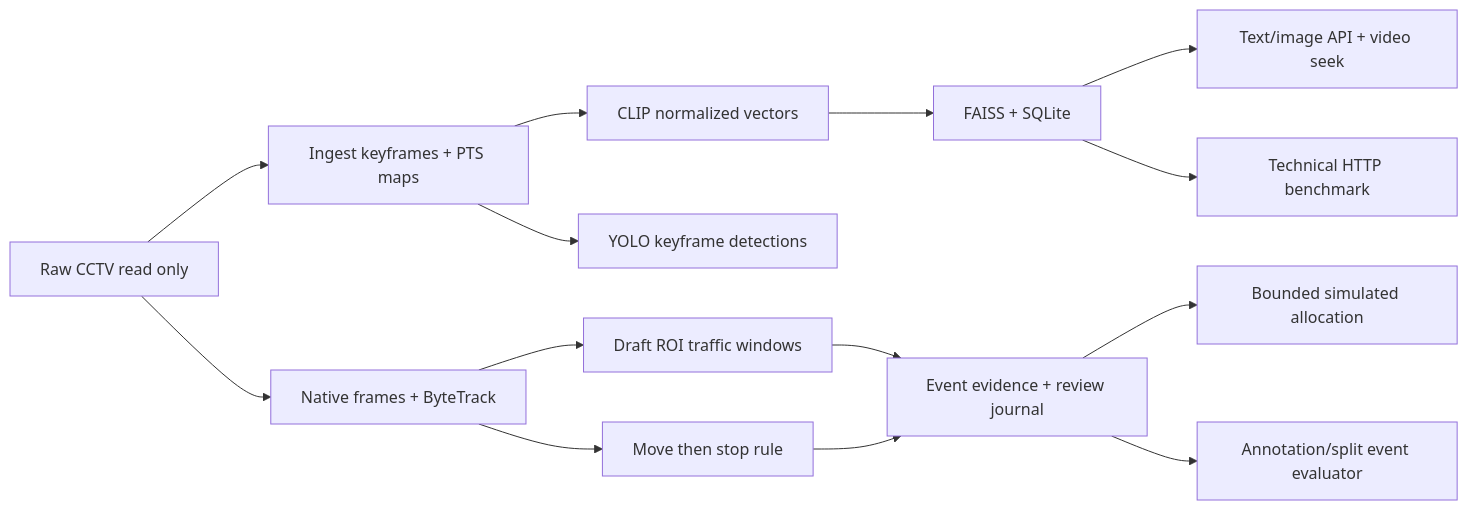
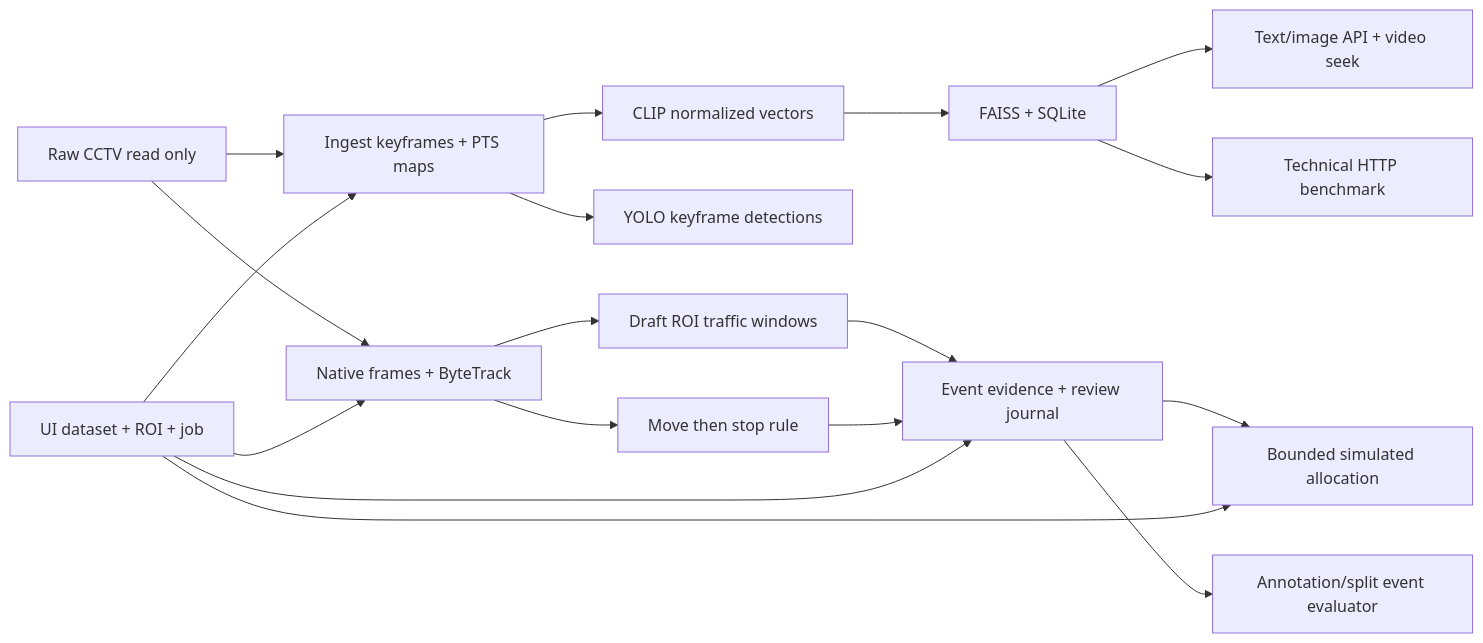
The diagram in docs/CCTV_PROJECT_REPORT.md (DFuc1302/CCTV_keyframes_retrieving), drawn with Mermaid before and after one commit. The commit also changed other lines of this file and 3 other files, not shown here.

````diff
--- a/docs/CCTV_PROJECT_REPORT.md
+++ b/docs/CCTV_PROJECT_REPORT.md
@@ -41,16 +51,20 @@
 ```mermaid
 flowchart LR
     A[Raw CCTV read only] --> B[Ingest keyframes + PTS maps]
     B --> C[CLIP normalized vectors]
     C --> D[FAISS + SQLite]
     D --> E[Text/image API + video seek]
     B --> F[YOLO keyframe detections]
     A --> G[Native frames + ByteTrack]
     G --> H[Draft ROI traffic windows]
     G --> I[Move then stop rule]
     H --> J[Event evidence + review journal]
     I --> J
     J --> K[Bounded simulated allocation]
     D --> L[Technical HTTP benchmark]
     J --> M[Annotation/split event evaluator]
+    U[UI dataset + ROI + job] --> B
+    U --> G
+    U --> J
+    U --> K
 ```
````
